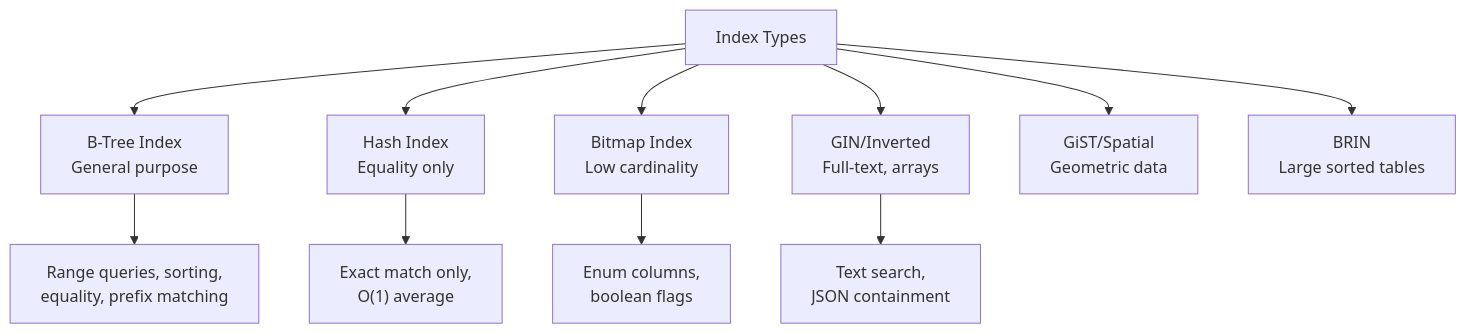
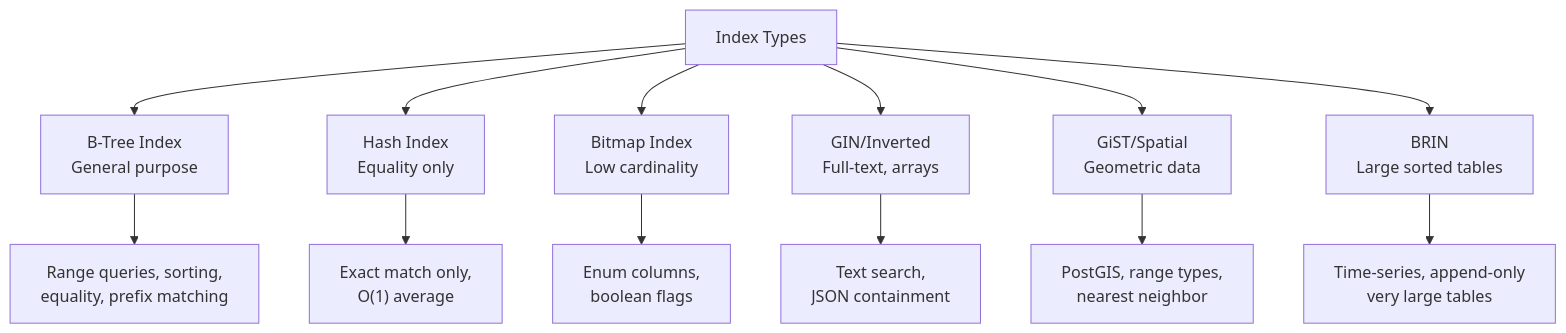
Before and after one commit to ae-lexs/system_design: diagram 14 of 32 in 04_DATA_STORAGE_AND_ACCESS.md, drawn with Mermaid. The commit also changed other lines of this file and 23 other files, not shown here.

````diff
--- a/04_DATA_STORAGE_AND_ACCESS.md
+++ b/04_DATA_STORAGE_AND_ACCESS.md
@@ -399,16 +398,18 @@
 ```mermaid
 flowchart TB
     INDEX[Index Types]
-    
+
     INDEX --> BTREE_IDX[B-Tree Index<br/>General purpose]
     INDEX --> HASH_IDX[Hash Index<br/>Equality only]
     INDEX --> BITMAP_IDX[Bitmap Index<br/>Low cardinality]
     INDEX --> GIN_IDX[GIN/Inverted<br/>Full-text, arrays]
     INDEX --> GIST_IDX[GiST/Spatial<br/>Geometric data]
     INDEX --> BRIN_IDX[BRIN<br/>Large sorted tables]
-    
+
     BTREE_IDX --> BTREE_USE["Range queries, sorting,<br/>equality, prefix matching"]
     HASH_IDX --> HASH_USE["Exact match only,<br/>O(1) average"]
     BITMAP_IDX --> BITMAP_USE["Enum columns,<br/>boolean flags"]
     GIN_IDX --> GIN_USE["Text search,<br/>JSON containment"]
+    GIST_IDX --> GIST_USE["PostGIS, range types,<br/>nearest neighbor"]
+    BRIN_IDX --> BRIN_USE["Time-series, append-only<br/>very large tables"]
 ```
````
